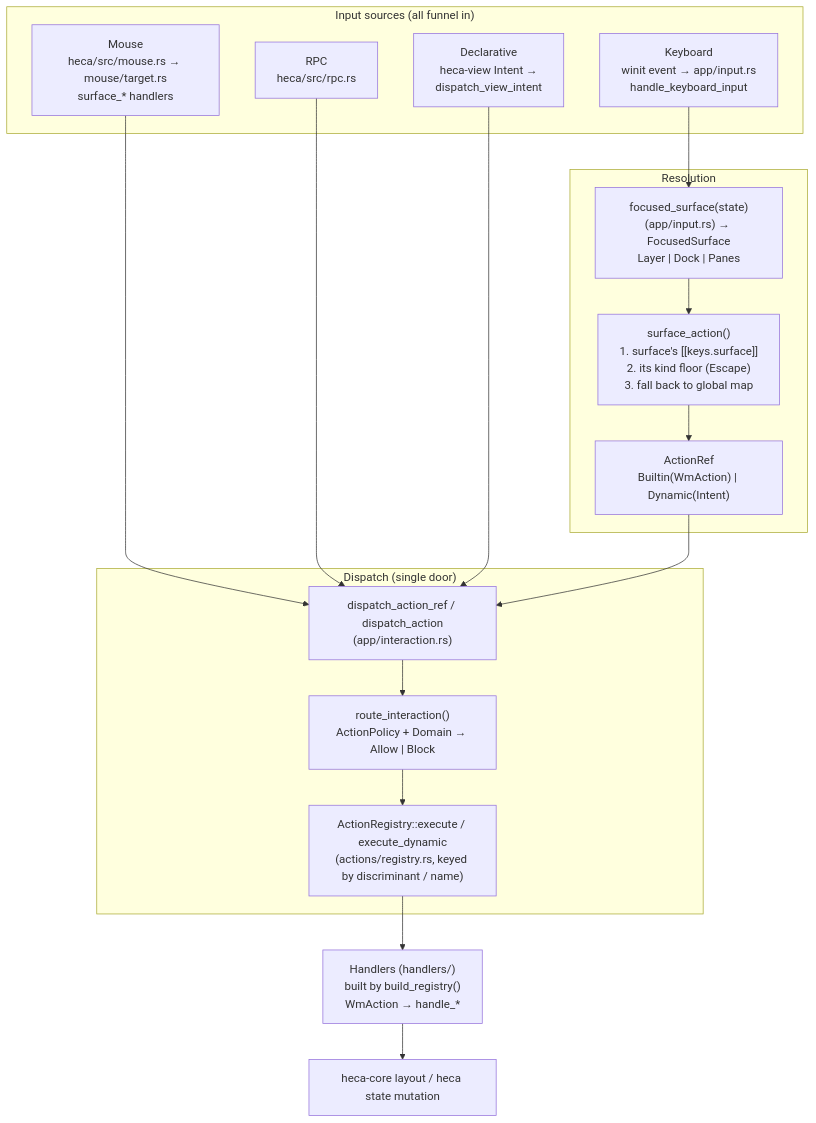
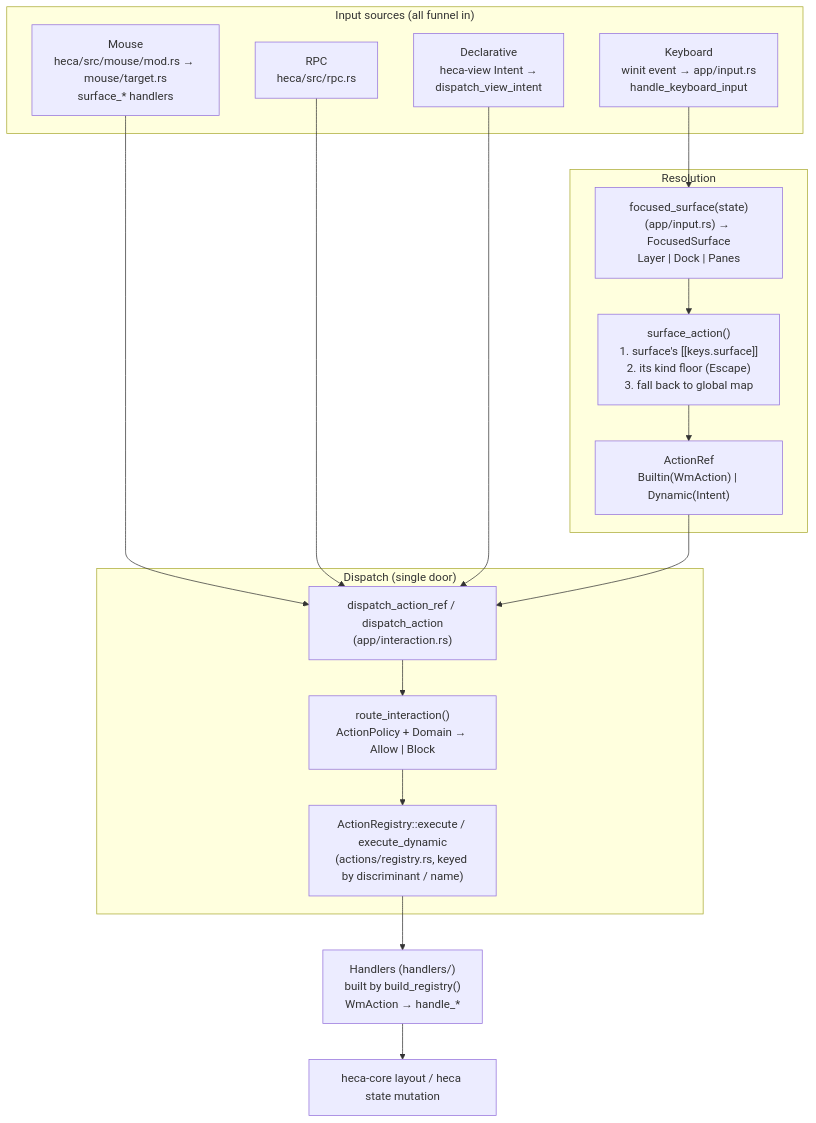
Before and after one commit to ovidius72/heca: the second of 3 diagrams in docs/architecture.md, drawn with Mermaid. The commit also changed other lines of this file and 559 other files, not shown here.

````diff
--- a/docs/architecture.md
+++ b/docs/architecture.md
@@ -162,31 +162,31 @@
 ```mermaid
 flowchart TD
     subgraph SRC["Input sources (all funnel in)"]
         kb["Keyboard\nwinit event → app/input.rs\nhandle_keyboard_input"]
-        mo["Mouse\nheca/src/mouse.rs → mouse/target.rs\nsurface_* handlers"]
+        mo["Mouse\nheca/src/mouse/mod.rs → mouse/target.rs\nsurface_* handlers"]
         rpc["RPC\nheca/src/rpc.rs"]
         decl["Declarative\nheca-view Intent →\ndispatch_view_intent"]
     end
 
     subgraph RES["Resolution"]
         fs["focused_surface(state)\n(app/input.rs) → FocusedSurface\nLayer | Dock | Panes"]
         sa["surface_action()\n1. surface's [[keys.surface]]\n2. its kind floor (Escape)\n3. fall back to global map"]
         ar["ActionRef\nBuiltin(WmAction) | Dynamic(Intent)"]
     end
 
     subgraph DISP["Dispatch (single door)"]
         dar["dispatch_action_ref / dispatch_action\n(app/interaction.rs)"]
         ri["route_interaction()\nActionPolicy + Domain → Allow | Block"]
         reg["ActionRegistry::execute / execute_dynamic\n(actions/registry.rs, keyed by discriminant / name)"]
     end
 
     hdl["Handlers (handlers/)\nbuilt by build_registry()\nWmAction → handle_*"]
     core["heca-core layout / heca state mutation"]
 
     kb --> fs
     mo --> dar
     rpc --> dar
     decl --> dar
     fs --> sa --> ar --> dar
     dar --> ri --> reg --> hdl --> core
 ```
````
